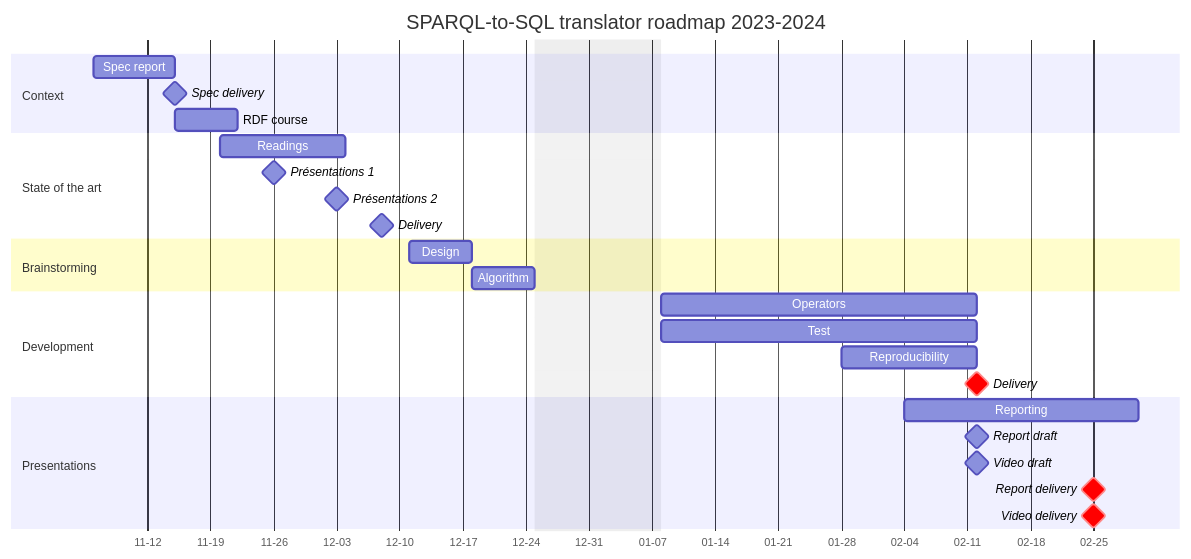
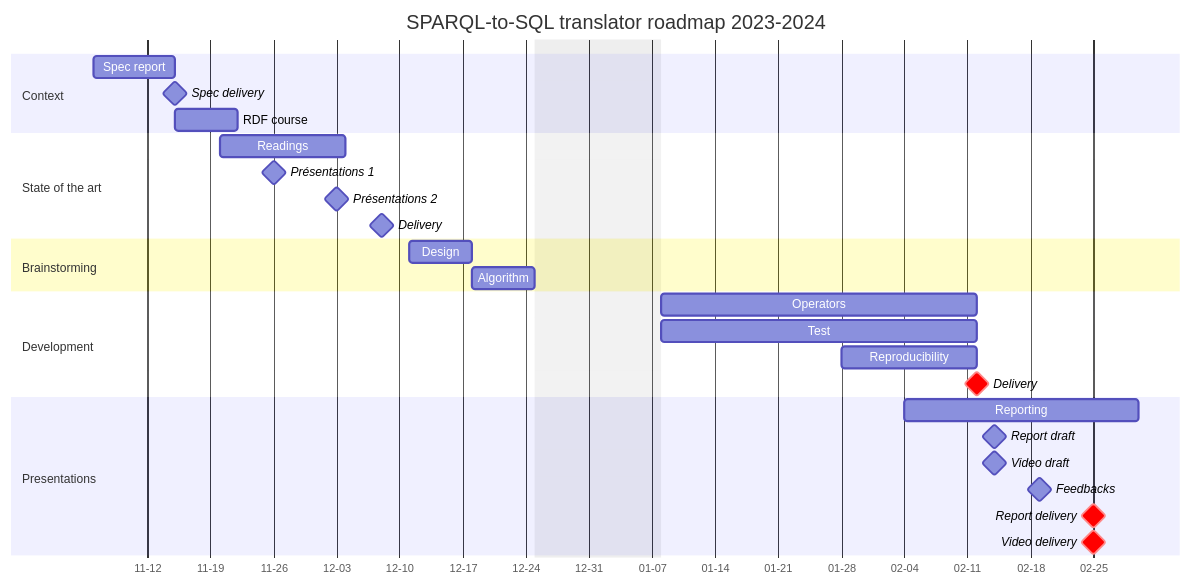
One commit to jpg-research/projects changed the diagram in urban-knowledge-hub/README.md. Above: the diagram before and after it, drawn with Mermaid.

Commit message:
Update gantt diagram

````diff
--- a/urban-knowledge-hub/README.md
+++ b/urban-knowledge-hub/README.md
@@ -17,35 +17,36 @@
 ```mermaid
 gantt
 	title SPARQL-to-SQL translator roadmap 2023-2024
 	dateFormat YYYY-MM-DD
 	excludes 2023-12-25, 2023-12-26, 2023-12-27, 2023-12-28, 2023-12-29, 2023-12-30, 2023-12-31, 2024-01-01, 2024-01-02, 2024-01-03, 2024-01-04, 2024-01-05, 2024-01-06, 2024-01-07
 	axisFormat %m-%d
 	
 	section Context
 	Spec report             : sp1, 2023-11-06, 9d
 	Spec delivery           : milestone, m0, after sp1, 0d
 	RDF course              : sp2, after sp1, 7d
 
 	section State of the art
 	Readings                : s1, 2023-11-20, 14d
 	Présentations 1         : milestone, pr1, 2023-11-26, 0d
 	Présentations 2         : milestone, pr2, 2023-12-03, 0d
 	Delivery                : milestone, s0, 2023-12-08, 0d
 
 	section Brainstorming
 	Design                  : b1, 2023-12-11, 7d
 	Algorithm               : b2, after b1, 7d
 
 	section Development
 	Operators               : d1, 2024-01-08, 35d
 	Test                    : d2, 2024-01-08, 35d
 	Reproducibility         : d3, 2024-01-28, 15d
 	Delivery                : crit, milestone, d4, after d1 d2, 0d
 
 	section Presentations
 	Reporting               : r1, 2024-02-04, 26d
-	Report draft            : milestone, r0, 2024-02-12, 0d
-	Video draft             : milestone, r1, 2024-02-12, 0d
+	Report draft            : milestone, r0, 2024-02-14, 0d
+	Video draft             : milestone, r1, 2024-02-14, 0d
+	Feedbacks             	: milestone, f1, 2024-02-19, 0d
 	Report delivery         : crit, milestone, m3, 2024-02-25, 0d
 	Video delivery          : crit, milestone, m1, 2024-02-25, 0d
 ```
````
